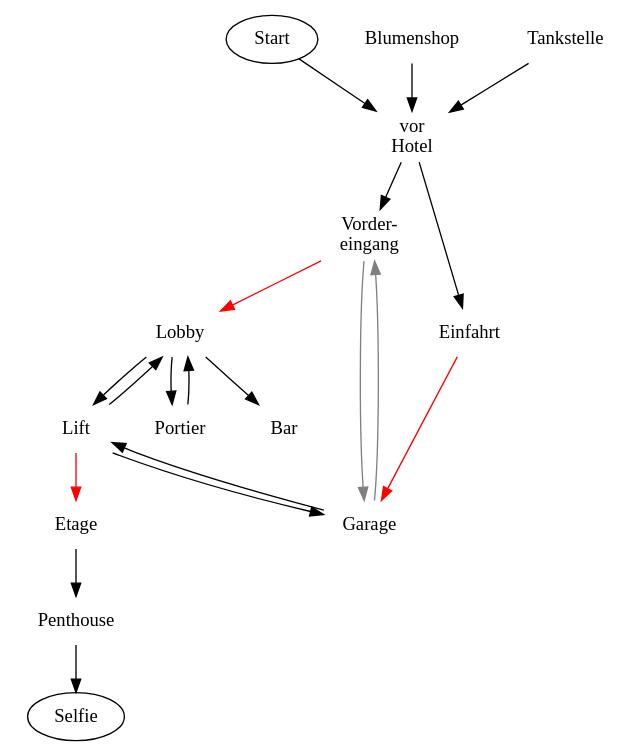
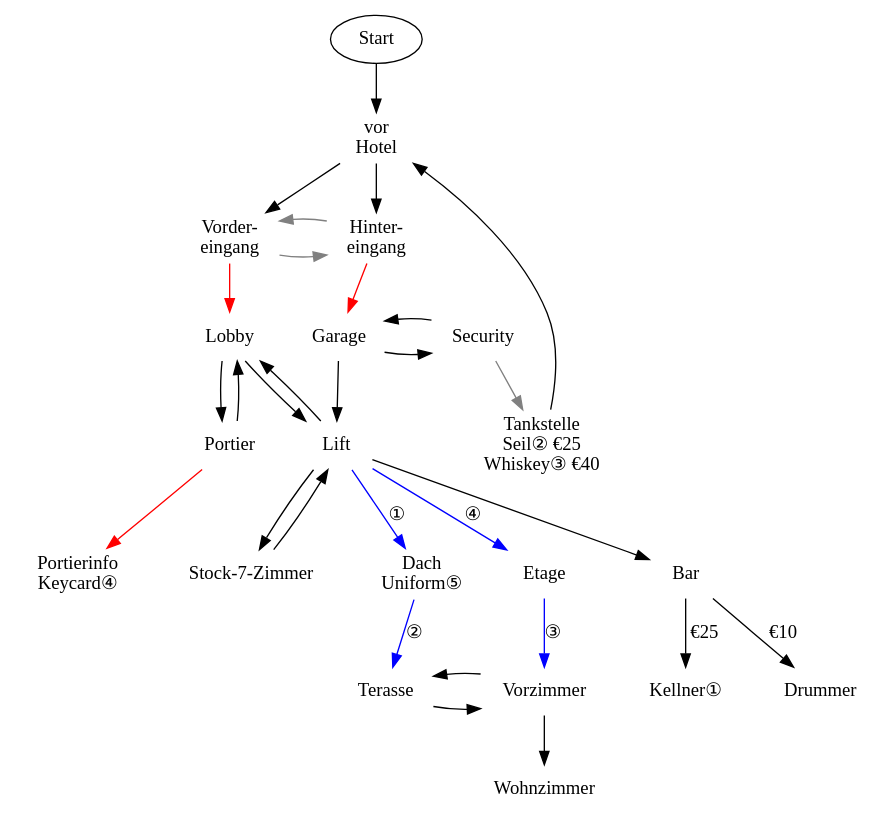
One commit to ludus-leonis/nipajin changed the diagram in solo/selfie-quest/plot.gv. Above: the diagram before and after it, drawn with Graphviz. The commit also changed 1 other file, not shown here.

Commit message:
solo-de: selfie quest

```diff
--- a/solo/selfie-quest/plot.gv
+++ b/solo/selfie-quest/plot.gv
@@ -1,52 +1,78 @@
 digraph plot {
 	// &#9829; &#9830; &#9824; &#9827;
 
 	rankdir=TD;
 	node [shape=none]
 
 	Start [shape=oval]
 	Start -> Hotel
 
-	Blumenshop
-	Blumenshop -> Hotel
+//	Blumenshop
+//	Blumenshop -> Hotel
 
-	Tankstelle
+	Tankstelle [ label="Tankstelle\nSeil&#9313; €25\nWhiskey&#9314; €40" ]
 	Tankstelle -> Hotel
 
 	Hotel [ label="vor\nHotel", color=blue ]
 	Hotel -> Vordereingang
-	Hotel -> Einfahrt
+	Hotel -> Hintereingang
 
 	Vordereingang [ label="Vorder-\neingang" ]
-	Vordereingang -> Lobby  [color=red]
-	Vordereingang -> Garage [color=gray]
+	Vordereingang -> Lobby [color=red]
+	Vordereingang -> Hintereingang [color=gray]
 
-	Einfahrt
-	Einfahrt -> Garage [color=red]
+	Hintereingang [ label="Hinter-\neingang" ]
+	Hintereingang -> Garage [color=red]
+	Hintereingang -> Vordereingang [color=gray]
 
+	Garage
 	Garage -> Lift
-	Garage -> Vordereingang [color=gray]
+	Garage -> Security
+
+	Security [ label="Security" ]
+	Security -> Garage
+	Security -> Tankstelle  [color=gray]
 
 	Lobby
 	Lobby -> Portier
 	Lobby -> Lift
-	Lobby -> Bar
 
 	Portier
 	Portier -> Lobby
+	Portier -> Portierinfo [color=red]
+
+	Portierinfo  [label="Portierinfo\nKeycard&#9315;"]
 
 	Lift [ color=blue ]
 	Lift -> Lobby
-	Lift -> Garage
-	Lift -> Etage [color=red]
+	Lift -> Bar
+	Lift -> Zimmer
+	Lift -> Dach [label="&#9312;" color=blue]
+	Lift -> Etage [color=blue label="&#9315;"]
 
-	Etage -> Penthouse
+	Zimmer [label="Stock-7-Zimmer"]
+	Zimmer -> Lift
 
-	Penthouse -> Selfie
+	Etage -> Vorzimmer [color=blue label="&#9314;"]
 
-	Selfie [shape=oval]
+	Dach [ label="Dach\nUniform&#9316;" ]
+	Dach -> Terasse [color=blue label="&#9313;"]
+
+	Bar
+	Bar -> Kellner [label="€25"]
+	Bar -> Drummer [label="€10"]
+
+	Kellner [label="Kellner&#9312;"]
+
+	// --------------------------------
+
+	Terasse -> Vorzimmer
+	Vorzimmer -> Terasse
+	Vorzimmer -> Wohnzimmer
+
+	{rank=same ; Vordereingang; Hintereingang; }
+	{rank=same ; Lift; Portier; }
+	{rank=same ; Garage; Security; }
+	{rank=same ; Terasse ; Vorzimmer ; }
 
 }
-
-// Restaurant: 30 Euro für Kaffee+Kuchen, Infos vom Kellner
-// Bar: Der Typ aus der Band. Verrät gegen einen Drink, dass STAR Blumen mag.
```
